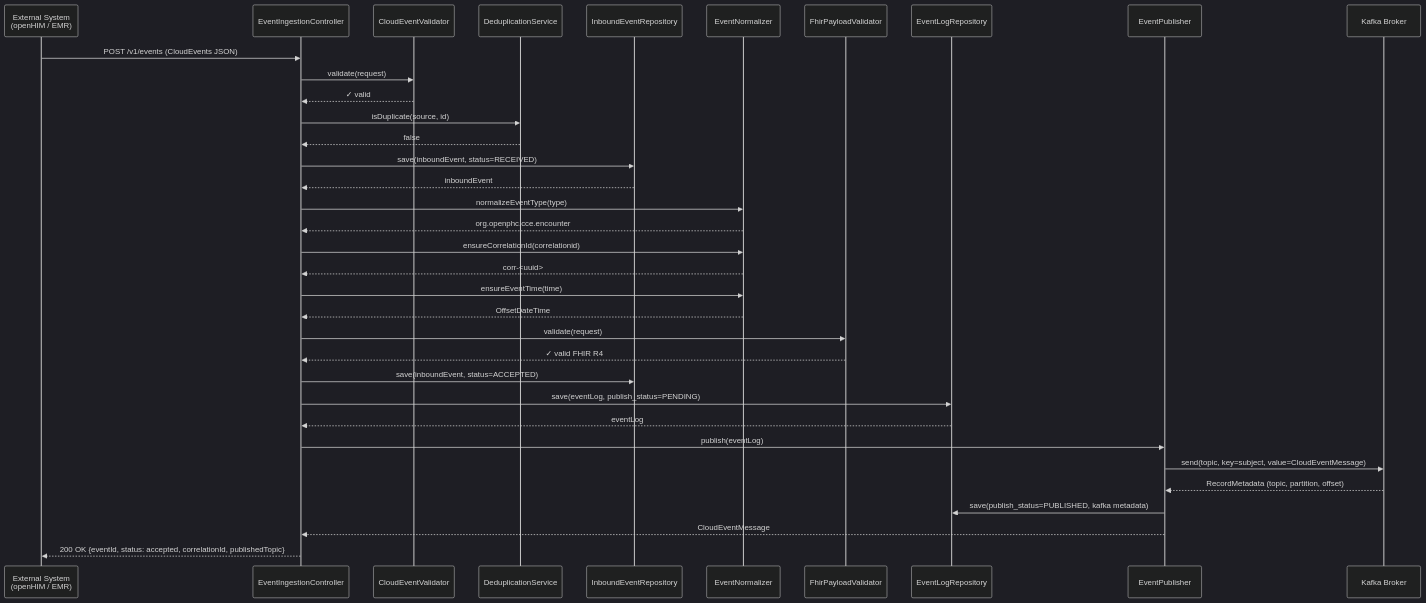
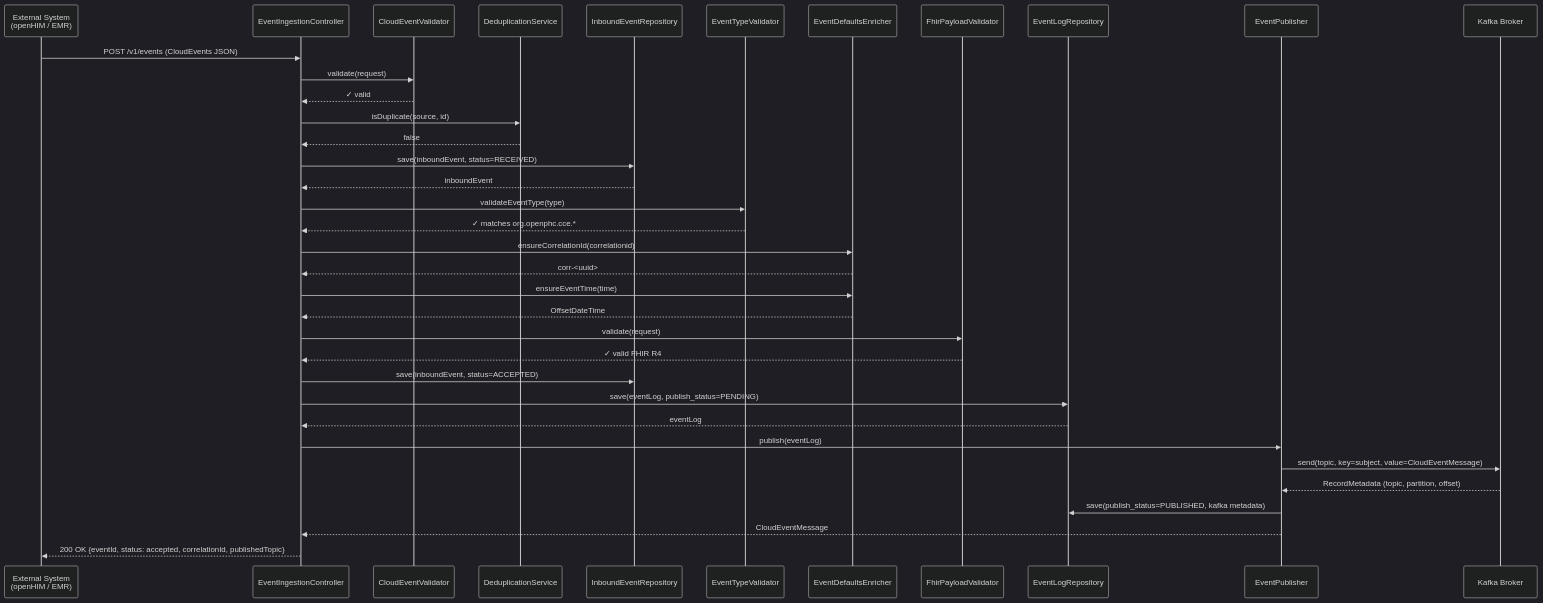
Before and after one commit to Jayaprakash8887/cce-collector-service: the second of 8 diagrams in docs/flow-diagrams.md, drawn with Mermaid (dark theme). The commit also changed other lines of this file and 4 other files, not shown here.

````diff
--- a/docs/flow-diagrams.md
+++ b/docs/flow-diagrams.md
@@ -44,46 +49,47 @@
 ```mermaid
 sequenceDiagram
     participant Client as External System<br/>(openHIM / EMR)
     participant Controller as EventIngestionController
     participant Validator as CloudEventValidator
     participant Dedup as DeduplicationService
     participant Repo as InboundEventRepository
-    participant Normalizer as EventNormalizer
+    participant TypeValidator as EventTypeValidator
+    participant Defaults as EventDefaultsEnricher
     participant FHIR as FhirPayloadValidator
     participant EventLog as EventLogRepository
     participant Publisher as EventPublisher
     participant Kafka as Kafka Broker
 
     Client->>Controller: POST /v1/events (CloudEvents JSON)
     Controller->>Validator: validate(request)
     Validator-->>Controller: ✓ valid
 
     Controller->>Dedup: isDuplicate(source, id)
     Dedup-->>Controller: false
 
     Controller->>Repo: save(inboundEvent, status=RECEIVED)
     Repo-->>Controller: inboundEvent
 
-    Controller->>Normalizer: normalizeEventType(type)
-    Normalizer-->>Controller: org.openphc.cce.encounter
-    Controller->>Normalizer: ensureCorrelationId(correlationid)
-    Normalizer-->>Controller: corr-<uuid>
-    Controller->>Normalizer: ensureEventTime(time)
-    Normalizer-->>Controller: OffsetDateTime
+    Controller->>TypeValidator: validateEventType(type)
+    TypeValidator-->>Controller: ✓ matches org.openphc.cce.*
+    Controller->>Defaults: ensureCorrelationId(correlationid)
+    Defaults-->>Controller: corr-<uuid>
+    Controller->>Defaults: ensureEventTime(time)
+    Defaults-->>Controller: OffsetDateTime
 
     Controller->>FHIR: validate(request)
     FHIR-->>Controller: ✓ valid FHIR R4
 
     Controller->>Repo: save(inboundEvent, status=ACCEPTED)
 
     Controller->>EventLog: save(eventLog, publish_status=PENDING)
     EventLog-->>Controller: eventLog
 
     Controller->>Publisher: publish(eventLog)
     Publisher->>Kafka: send(topic, key=subject, value=CloudEventMessage)
     Kafka-->>Publisher: RecordMetadata (topic, partition, offset)
     Publisher->>EventLog: save(publish_status=PUBLISHED, kafka metadata)
     Publisher-->>Controller: CloudEventMessage
 
     Controller-->>Client: 200 OK {eventId, status: accepted, correlationId, publishedTopic}
 ```
````
